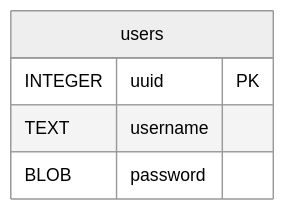
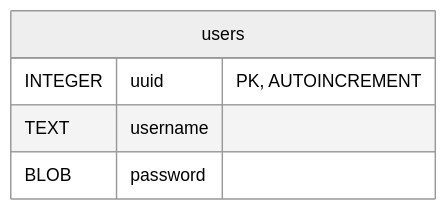
One commit to cold-muffin/p0-hypergamy changed the third of 4 diagrams in design.md. Above: the diagram before and after it, drawn with Mermaid (neutral theme).

````diff
--- a/design.md
+++ b/design.md
@@ -155,8 +155,8 @@
 ```mermaid
 erDiagram
     users {
-        INTEGER uuid PK
+        INTEGER uuid "PK, AUTOINCREMENT"
         TEXT username
         BLOB password
     }
 ```
````
